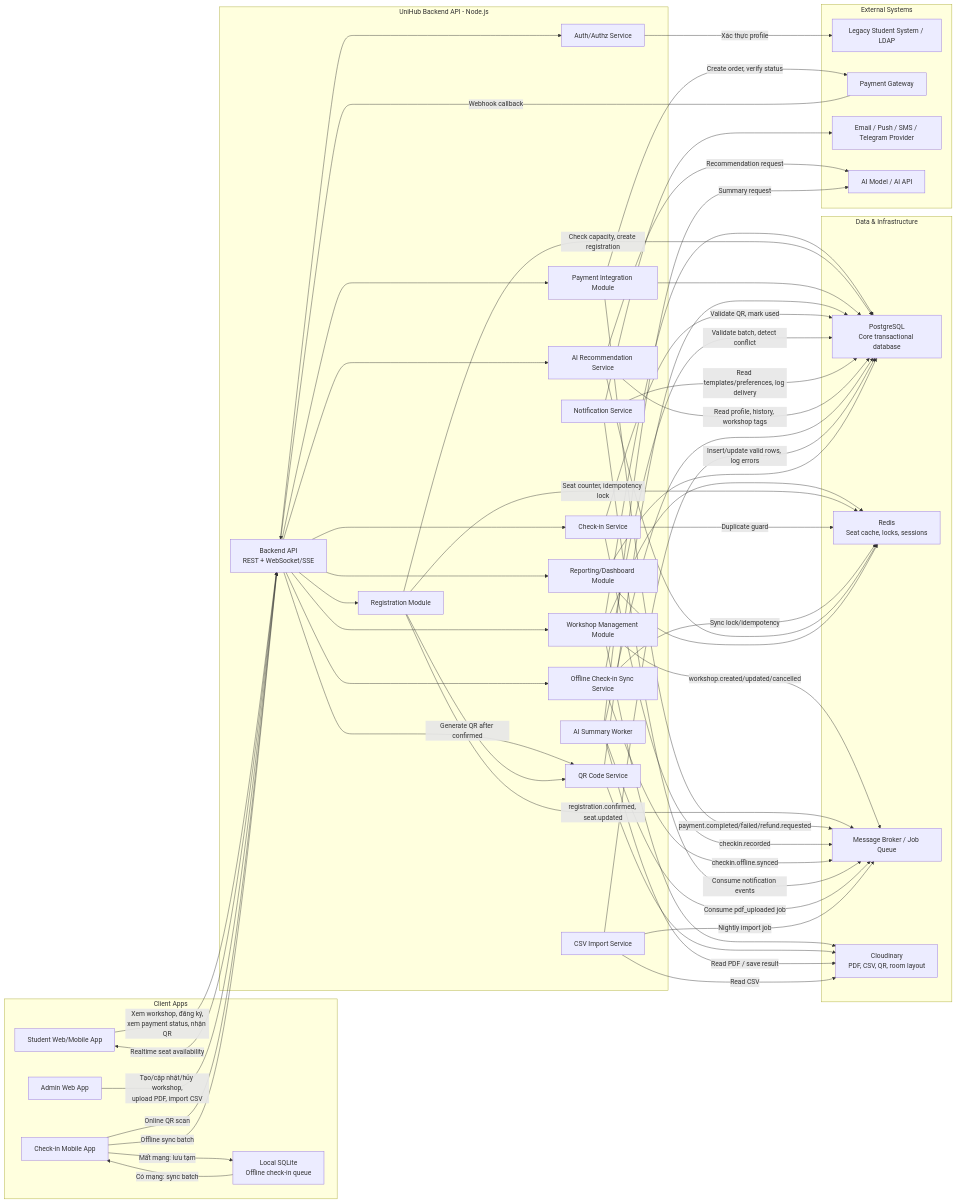
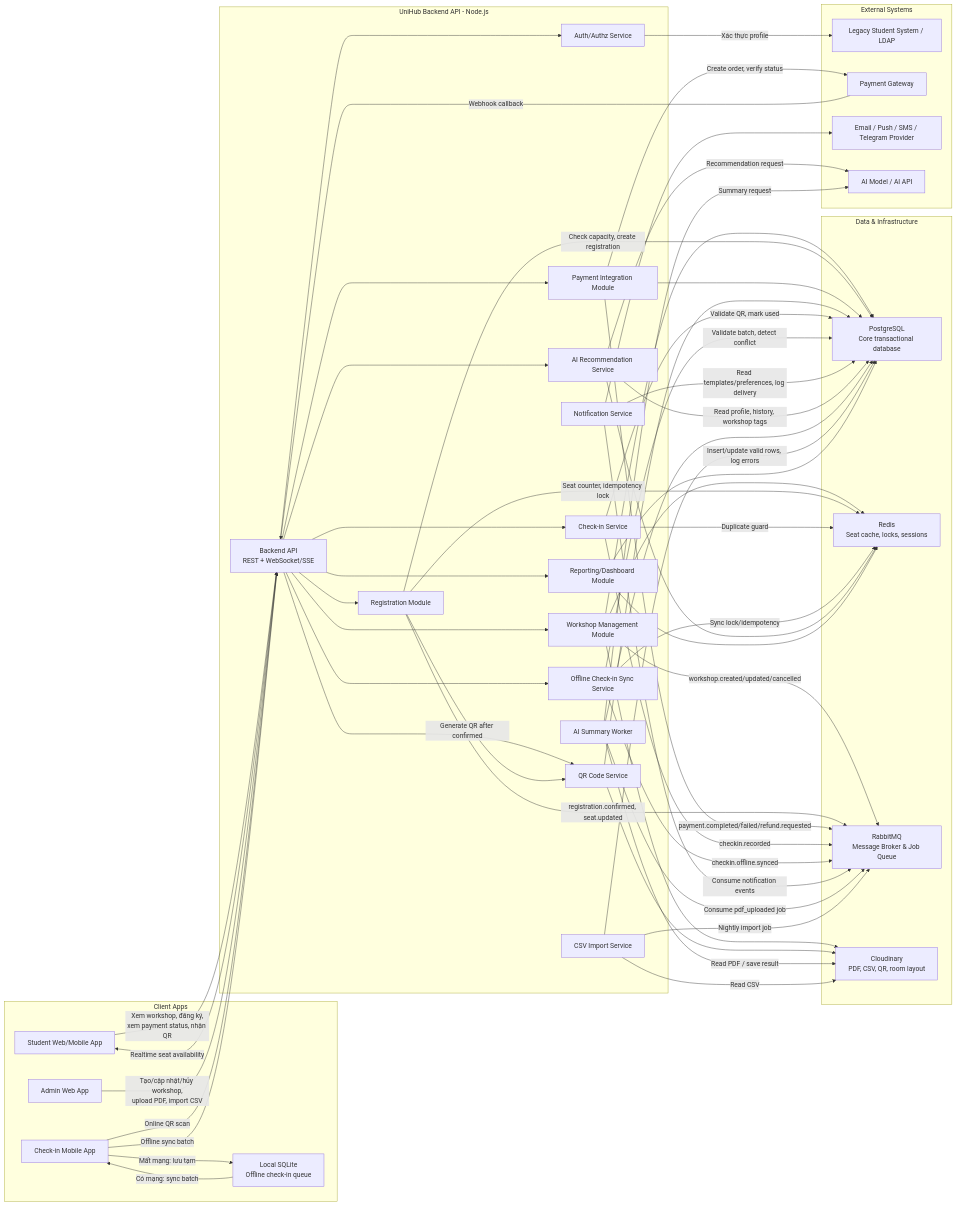
The diagram in docs/high-level-architecture.md (khoadanwneee/Software-Design), drawn with Mermaid before and after one commit. The commit also changed other lines of this file and 5 other files, not shown here.

First line of the commit message:
docs: replace Message Broker/Job Queue with RabbitMQ across all documentation

```diff
--- a/docs/high-level-architecture.md
+++ b/docs/high-level-architecture.md
@@ -68,7 +68,7 @@
     subgraph Data["Data & Infrastructure"]
         DB["PostgreSQL<br/>Core transactional database"]
         Redis["Redis<br/>Seat cache, locks, sessions"]
-        Broker["Message Broker / Job Queue"]
+        Broker["RabbitMQ<br/>Message Broker & Job Queue"]
         Storage["Cloudinary<br/>PDF, CSV, QR, room layout"]
     end
 
```
